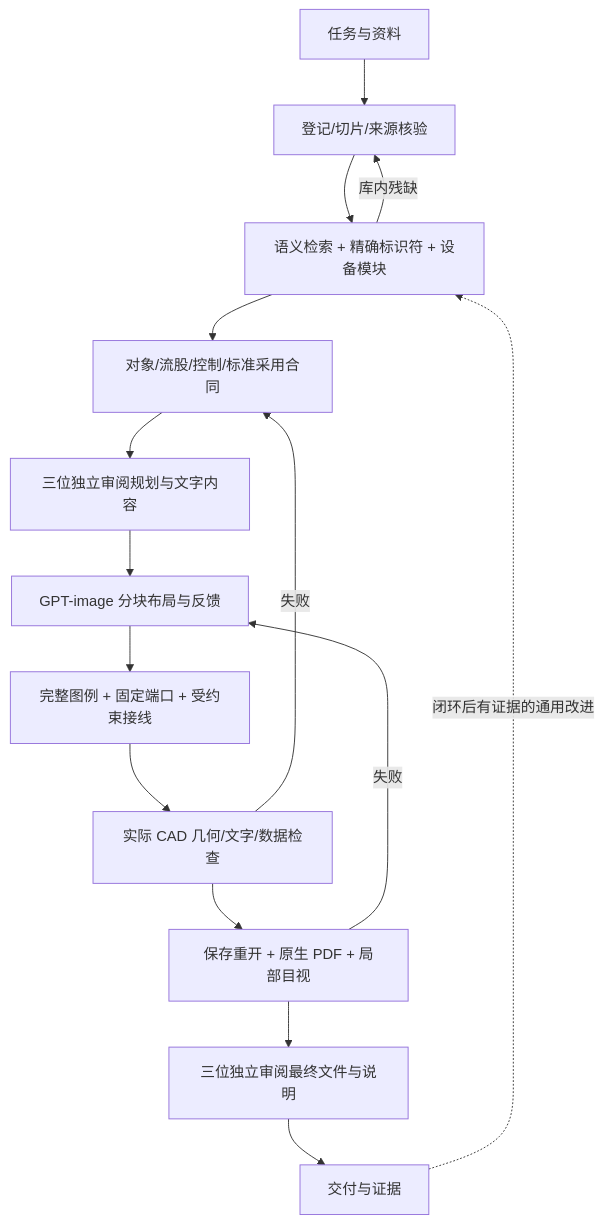
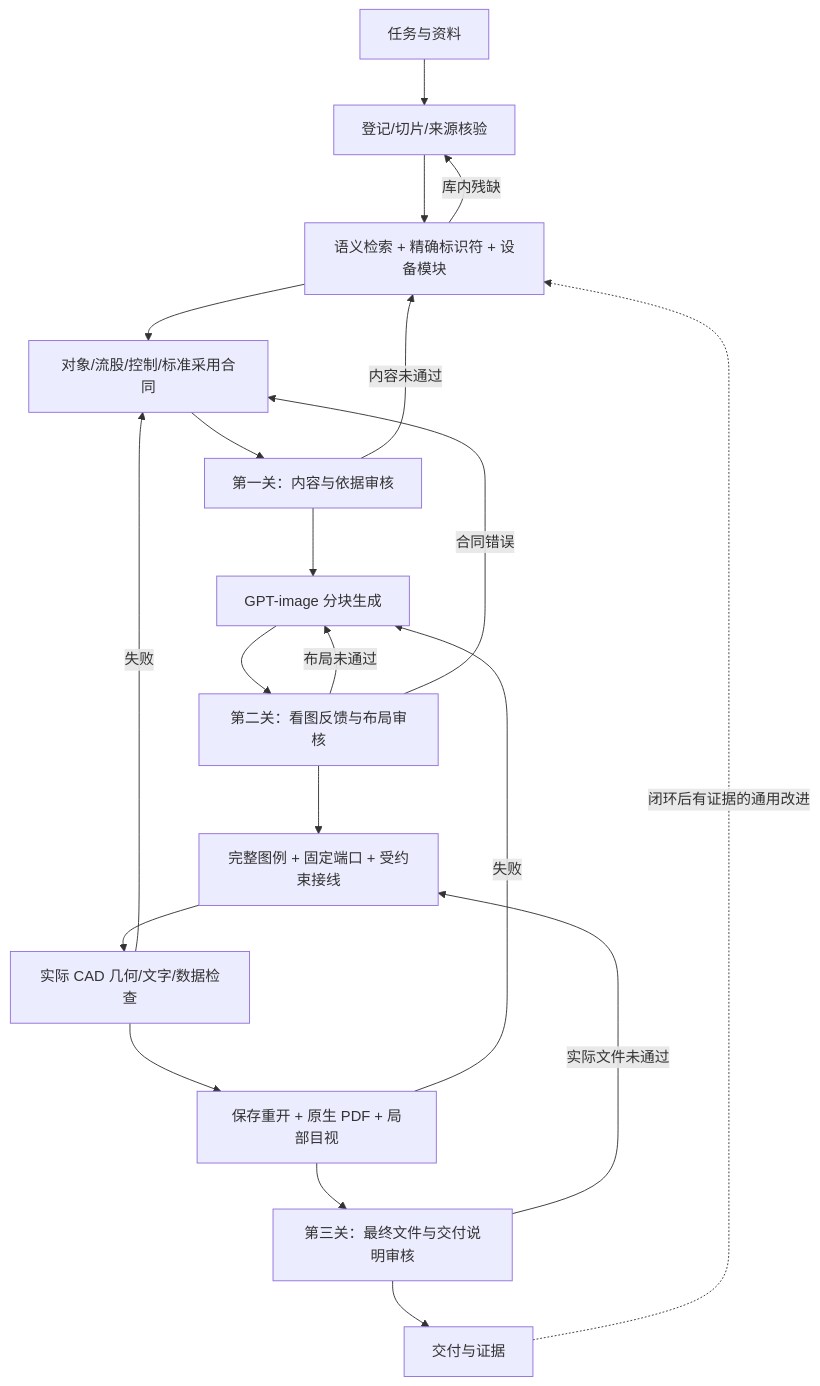
Before and after one commit to milklong888/gpt-image-chemical-pfd-pid: the diagram in README.md, drawn with Mermaid. The commit also changed other lines of this file and 7 other files, not shown here.

````diff
--- a/README.md
+++ b/README.md
@@ -15,17 +15,22 @@
 ```mermaid
 flowchart TD
   A[任务与资料] --> B[登记/切片/来源核验]
   B --> C[语义检索 + 精确标识符 + 设备模块]
   C --> D[对象/流股/控制/标准采用合同]
-  D --> R[三位独立审阅规划与文字内容]
-  R --> E[GPT-image 分块布局与反馈]
-  E --> F[完整图例 + 固定端口 + 受约束接线]
+  D --> R[第一关：内容与依据审核]
+  R --> E[GPT-image 分块生成]
+  E --> Q[第二关：看图反馈与布局审核]
+  Q --> F[完整图例 + 固定端口 + 受约束接线]
   F --> G[实际 CAD 几何/文字/数据检查]
   G --> H[保存重开 + 原生 PDF + 局部目视]
-  H --> V[三位独立审阅最终文件与说明]
+  H --> V[第三关：最终文件与交付说明审核]
   V --> I[交付与证据]
+  R -->|内容未通过| C
+  Q -->|布局未通过| E
+  Q -->|合同错误| D
+  V -->|实际文件未通过| F
   C -->|库内残缺| B
   G -->|失败| D
   H -->|失败| E
   I -.闭环后有证据的通用改进.-> C
 ```
````
